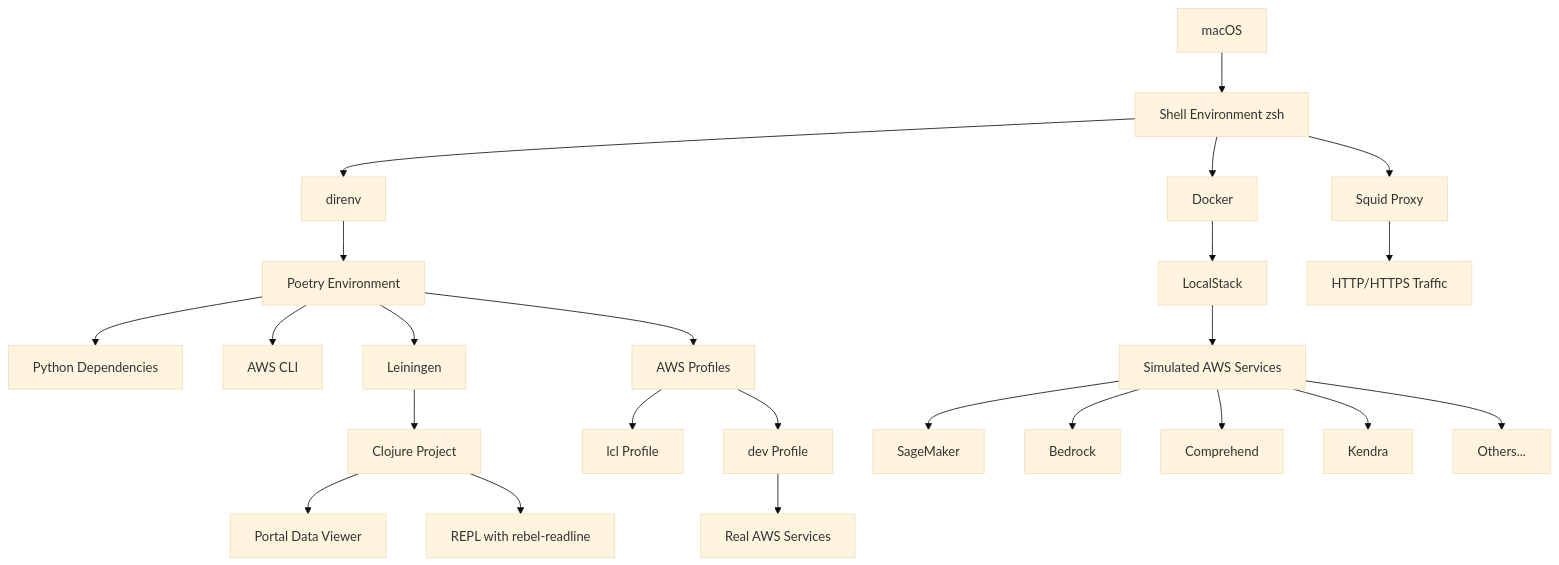
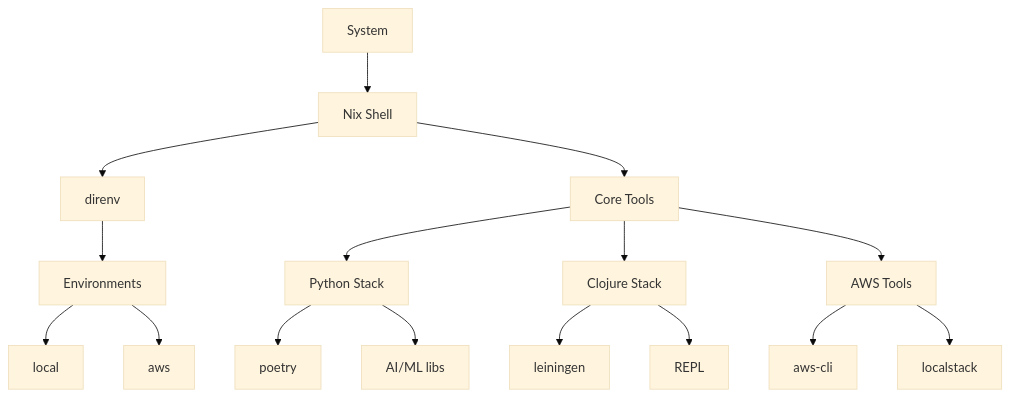
Before and after one commit to jwalsh/aif-c01: the second of 2 diagrams in README.org, drawn with Mermaid (base theme). The commit also changed other lines of this file and 5 other files, not shown here.

```diff
--- a/README.org
+++ b/README.org
@@ -60,27 +54,22 @@
-#+BEGIN_SRC mermaid :file project_architecture.png
+#+begin_src mermaid :file architecture-core.png
 graph TD
-    A[macOS] --> B[Shell Environment zsh]
+    A[System] --> B[Nix Shell]
     B --> C[direnv]
-    C --> D[Poetry Environment]
-    D --> E[Python Dependencies]
-    D --> F[AWS CLI]
-    D --> G[Leiningen]
-    G --> H[Clojure Project]
-    H --> I[Portal Data Viewer]
-    H --> J[REPL with rebel-readline]
-    B --> K[Docker]
-    K --> L[LocalStack]
-    L --> M[Simulated AWS Services]
-    M --> M1[SageMaker]
-    M --> M2[Bedrock]
-    M --> M3[Comprehend]
-    M --> M4[Kendra]
-    M --> M5[Others...]
-    B --> N[Squid Proxy]
-    N --> O[HTTP/HTTPS Traffic]
-    D --> Q[AWS Profiles]
-    Q --> Q1[lcl Profile]
-    Q --> Q2[dev Profile]
-    Q2 --> R[Real AWS Services]
-
-#+END_SRC
+    B --> D[Core Tools]
+    
+    D --> E[Python Stack]
+    E --> E1[poetry]
+    E --> E2[AI/ML libs]
+    
+    D --> F[Clojure Stack]
+    F --> F1[leiningen]
+    F --> F2[REPL]
+    
+    D --> G[AWS Tools]
+    G --> G1[aws-cli]
+    G --> G2[localstack]
+    
+    C --> I[Environments]
+    I --> I1[local]
+    I --> I2[aws]
+#+end_src
```
